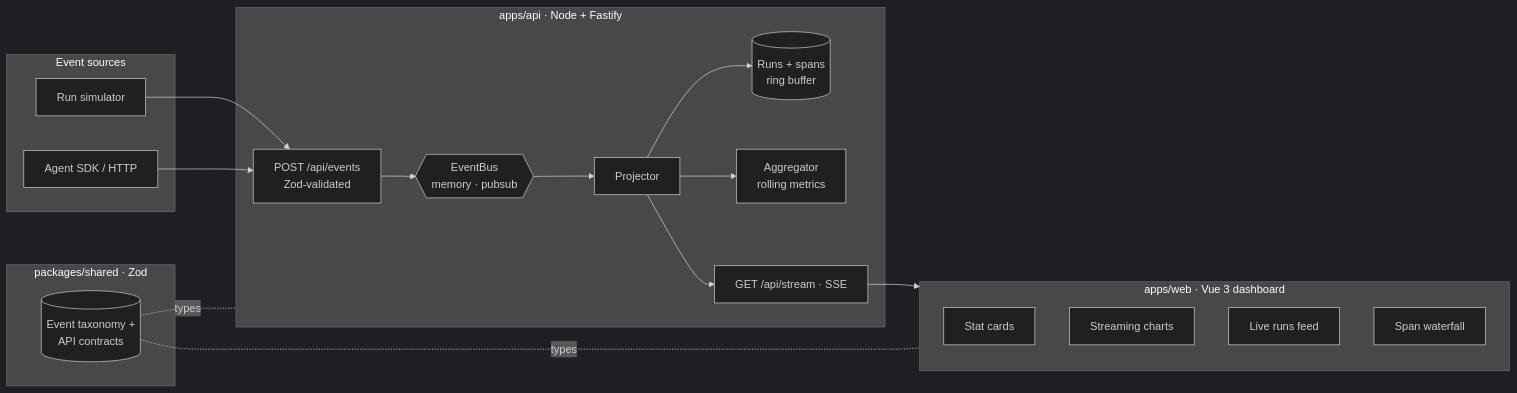
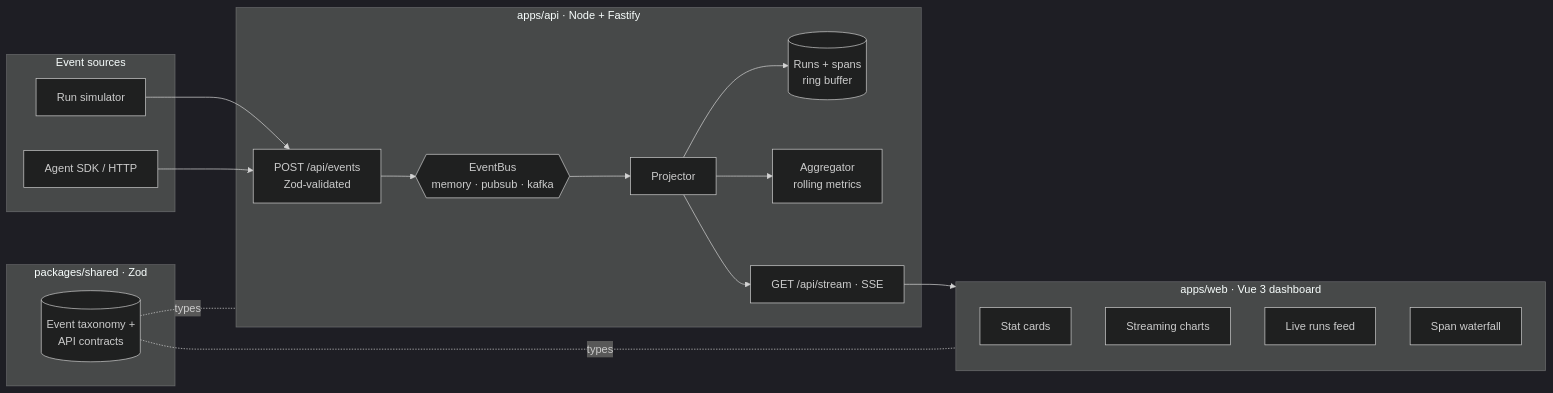
Before and after one commit to soneeee22000/agentpulse: the diagram in README.md, drawn with Mermaid (dark theme). The commit also changed other lines of this file and 9 other files, not shown here.

First line of the commit message:
feat(api): expose a GraphQL API with live subscriptions

````diff
--- a/README.md
+++ b/README.md
@@ -72,33 +75,33 @@
 ```mermaid
 flowchart LR
   subgraph Sources["Event sources"]
     Sim[Run simulator]
     SDK[Agent SDK / HTTP]
   end
 
   subgraph API["apps/api · Node + Fastify"]
     Ingest[POST /api/events<br/>Zod-validated]
-    Bus{{EventBus<br/>memory · pubsub}}
+    Bus{{EventBus<br/>memory · pubsub · kafka}}
     Proj[Projector]
     Store[(Runs + spans<br/>ring buffer)]
     Agg[Aggregator<br/>rolling metrics]
     Stream[GET /api/stream · SSE]
   end
 
   subgraph Shared["packages/shared · Zod"]
     Tax[(Event taxonomy +<br/>API contracts)]
   end
 
   subgraph Web["apps/web · Vue 3 dashboard"]
     Cards[Stat cards]
     Charts[Streaming charts]
     Feed[Live runs feed]
     Trace[Span waterfall]
   end
 
   Sim & SDK --> Ingest --> Bus --> Proj
   Proj --> Store & Agg & Stream
   Stream --> Web
   Tax -. types .- API
   Tax -. types .- Web
 ```
````
